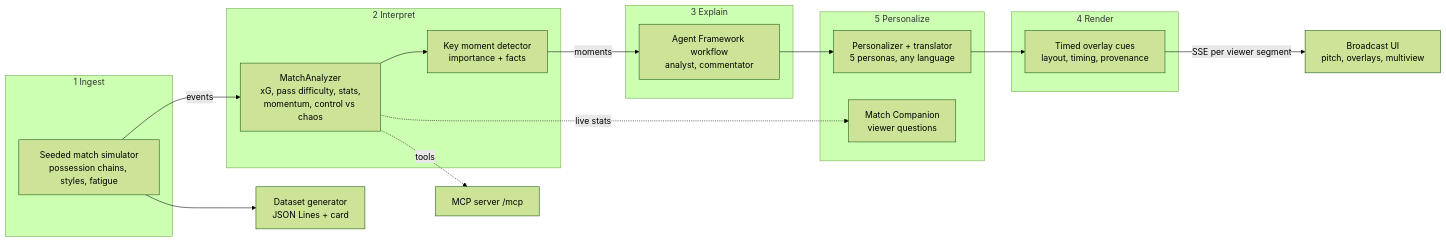
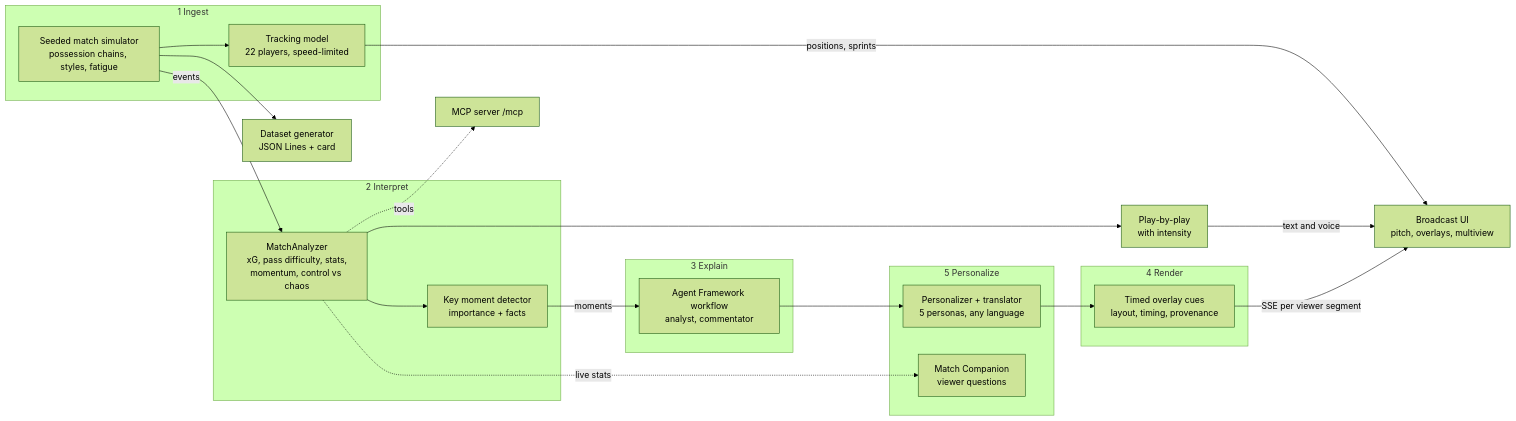
One commit to UttyWotty/insidethegame-microsoft-hackathon changed the first of 4 diagrams in docs/ARCHITECTURE.md. Above: the diagram before and after it, drawn with Mermaid (forest theme). The commit also changed other lines of this file and 5 other files, not shown here.

Commit message:
Refresh status, calibration, architecture, and submission docs

````diff
--- a/docs/ARCHITECTURE.md
+++ b/docs/ARCHITECTURE.md
@@ -11,25 +11,28 @@
 ```mermaid
 flowchart LR
     subgraph S1[1 Ingest]
         SIM[Seeded match simulator<br/>possession chains, styles, fatigue]
+        TR[Tracking model<br/>22 players, speed-limited]
     end
     subgraph S2[2 Interpret]
         AN[MatchAnalyzer<br/>xG, pass difficulty, stats,<br/>momentum, control vs chaos]
         KM[Key moment detector<br/>importance + facts]
     end
     subgraph S3[3 Explain]
         WF[Agent Framework workflow<br/>analyst, commentator]
     end
     subgraph S4[4 Render]
         CUE[Timed overlay cues<br/>layout, timing, provenance]
     end
     subgraph S5[5 Personalize]
         PER[Personalizer + translator<br/>5 personas, any language]
         QA[Match Companion<br/>viewer questions]
     end
     SIM -->|events| AN --> KM -->|moments| WF --> PER --> CUE
+    SIM --> TR -->|positions, sprints| UI
+    AN --> PBP[Play-by-play<br/>with intensity] -->|text and voice| UI
     AN -. live stats .-> QA
     CUE -->|SSE per viewer segment| UI[Broadcast UI<br/>pitch, overlays, multiview]
     AN -. tools .-> MCP[MCP server /mcp]
     SIM --> DS[Dataset generator<br/>JSON Lines + card]
 ```
````
